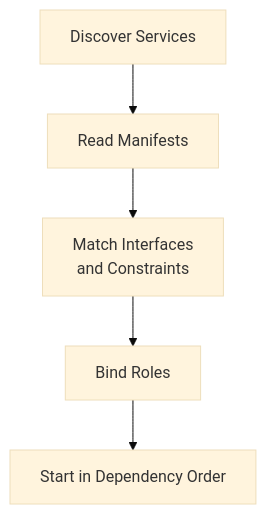
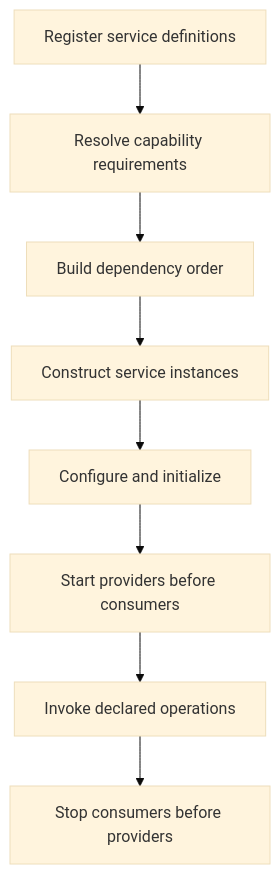
One commit to ROSMicroPy/RobotPrimitivesStack changed the third of 5 diagrams in README.md. Above: the diagram before and after it, drawn with Mermaid (base theme). The commit also changed other lines of this file, not shown here.

````diff
--- a/README.md
+++ b/README.md
@@ -625,13 +156,19 @@
-```mermaid
+~~~mermaid
 flowchart TB
-    DISC["Discover Services"]
-    READ["Read Manifests"]
-    MATCH["Match Interfaces<br/>and Constraints"]
-    BIND["Bind Roles"]
-    START["Start in Dependency Order"]
+    REGISTER["Register service definitions"]
+    RESOLVE["Resolve capability requirements"]
+    ORDER["Build dependency order"]
+    CREATE["Construct service instances"]
+    CONFIGURE["Configure and initialize"]
+    START["Start providers before consumers"]
+    OPERATE["Invoke declared operations"]
+    STOP["Stop consumers before providers"]
 
-    DISC --> READ
-    READ --> MATCH
-    MATCH --> BIND
-    BIND --> START
-```
+    REGISTER --> RESOLVE
+    RESOLVE --> ORDER
+    ORDER --> CREATE
+    CREATE --> CONFIGURE
+    CONFIGURE --> START
+    START --> OPERATE
+    OPERATE --> STOP
+~~~
````
